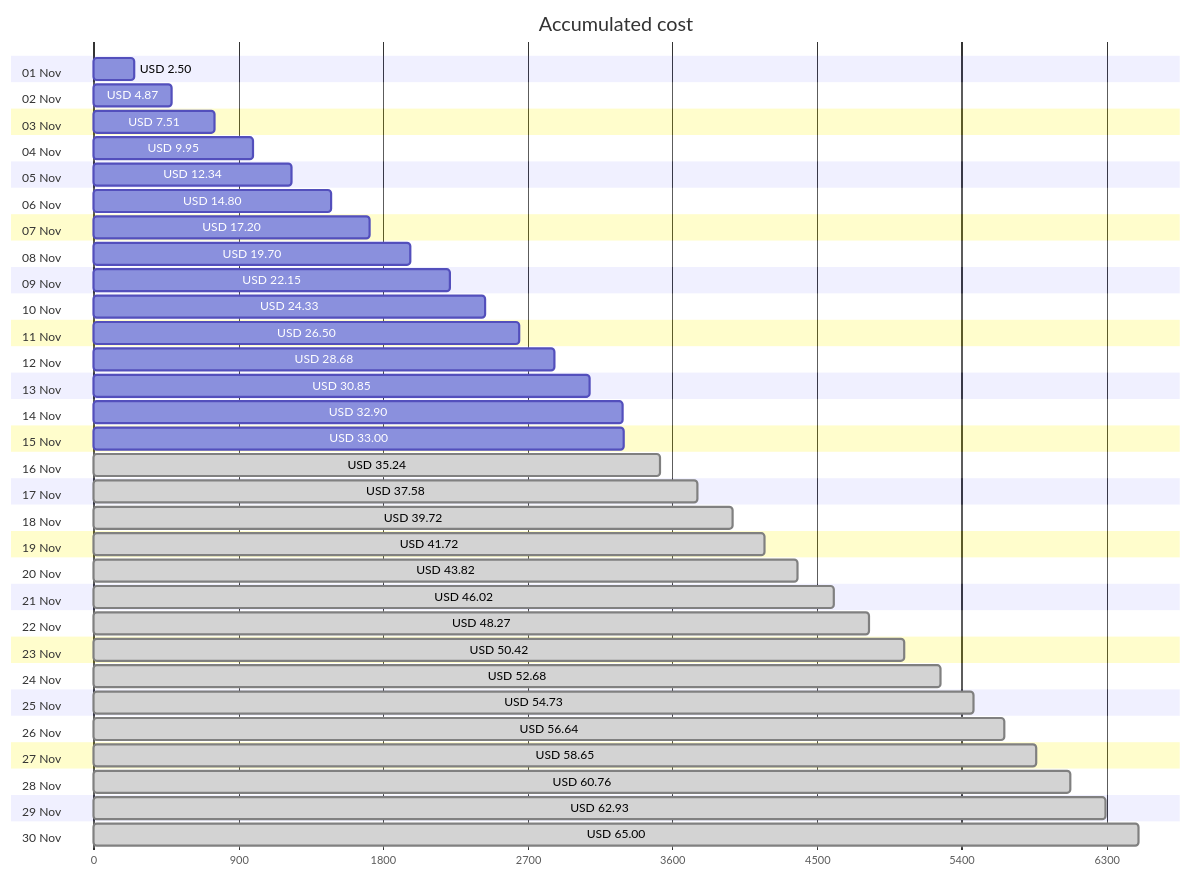
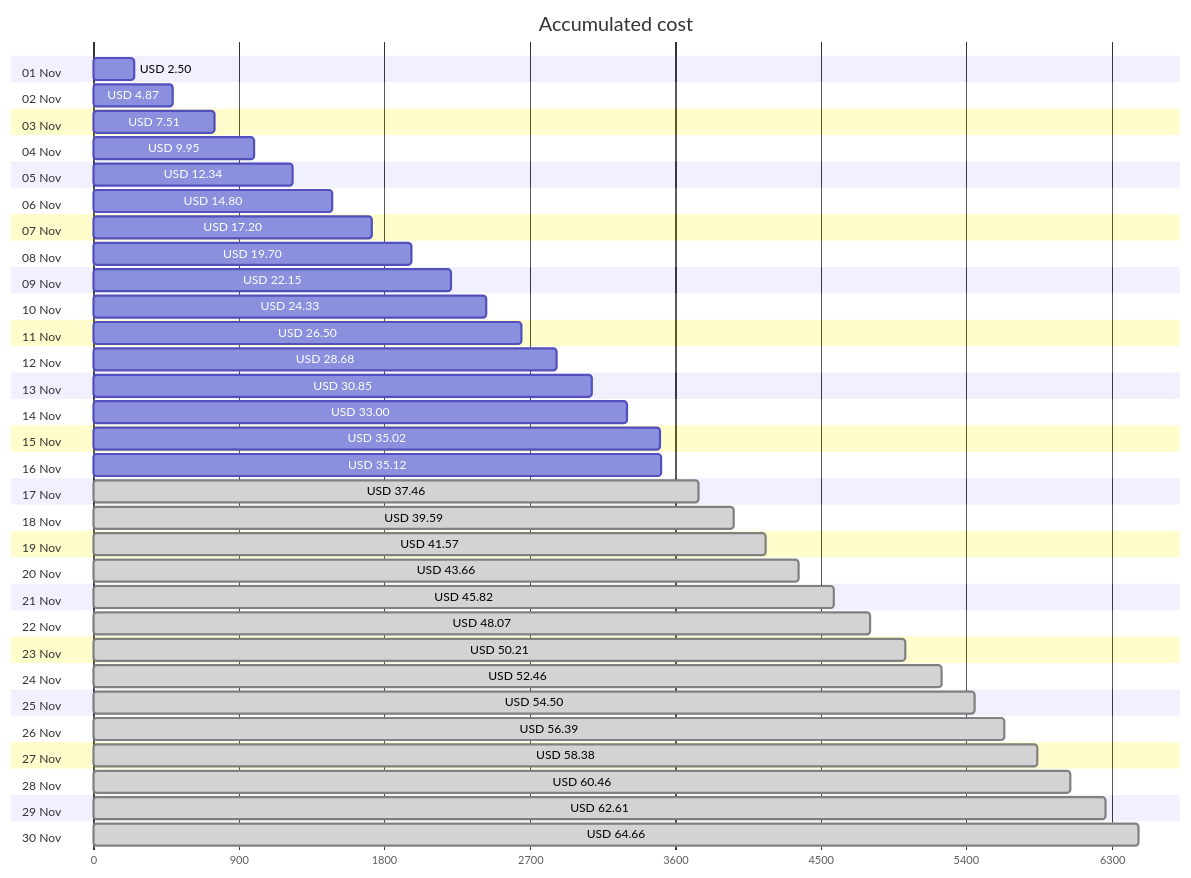
One commit to jpfulton/azure-personal-reports changed the first of 4 diagrams in cost-reports/accumulated-cost.md. Above: the diagram before and after it, drawn with Mermaid. The commit also changed other lines of this file and 4 other files, not shown here.

````diff
--- a/cost-reports/accumulated-cost.md
+++ b/cost-reports/accumulated-cost.md
@@ -20,66 +20,66 @@
 ```mermaid
 gantt
    title Accumulated cost
    dateFormat  X
    axisFormat %s
    section 01 Nov
    USD 2.50 :0, 250
    section 02 Nov
    USD 4.87 :0, 487
    section 03 Nov
    USD 7.51 :0, 751
    section 04 Nov
    USD 9.95 :0, 995
    section 05 Nov
    USD 12.34 :0, 1234
    section 06 Nov
    USD 14.80 :0, 1480
    section 07 Nov
    USD 17.20 :0, 1720
    section 08 Nov
    USD 19.70 :0, 1970
    section 09 Nov
    USD 22.15 :0, 2215
    section 10 Nov
    USD 24.33 :0, 2433
    section 11 Nov
    USD 26.50 :0, 2650
    section 12 Nov
    USD 28.68 :0, 2868
    section 13 Nov
    USD 30.85 :0, 3085
    section 14 Nov
-   USD 32.90 :0, 3290
+   USD 33.00 :0, 3300
    section 15 Nov
-   USD 33.00 :0, 3300
+   USD 35.02 :0, 3502
    section 16 Nov
-   USD 35.24 : done, 0, 3524
+   USD 35.12 :0, 3512
    section 17 Nov
-   USD 37.58 : done, 0, 3758
+   USD 37.46 : done, 0, 3746
    section 18 Nov
-   USD 39.72 : done, 0, 3972
+   USD 39.59 : done, 0, 3959
    section 19 Nov
-   USD 41.72 : done, 0, 4172
+   USD 41.57 : done, 0, 4157
    section 20 Nov
-   USD 43.82 : done, 0, 4382
+   USD 43.66 : done, 0, 4366
    section 21 Nov
-   USD 46.02 : done, 0, 4602
+   USD 45.82 : done, 0, 4582
    section 22 Nov
-   USD 48.27 : done, 0, 4827
+   USD 48.07 : done, 0, 4807
    section 23 Nov
-   USD 50.42 : done, 0, 5042
+   USD 50.21 : done, 0, 5021
    section 24 Nov
-   USD 52.68 : done, 0, 5268
+   USD 52.46 : done, 0, 5246
    section 25 Nov
-   USD 54.73 : done, 0, 5473
+   USD 54.50 : done, 0, 5450
    section 26 Nov
-   USD 56.64 : done, 0, 5664
+   USD 56.39 : done, 0, 5639
    section 27 Nov
-   USD 58.65 : done, 0, 5865
+   USD 58.38 : done, 0, 5838
    section 28 Nov
-   USD 60.76 : done, 0, 6076
+   USD 60.46 : done, 0, 6046
    section 29 Nov
-   USD 62.93 : done, 0, 6293
+   USD 62.61 : done, 0, 6261
    section 30 Nov
-   USD 65.00 : done, 0, 6500
+   USD 64.66 : done, 0, 6466
 ```
````
